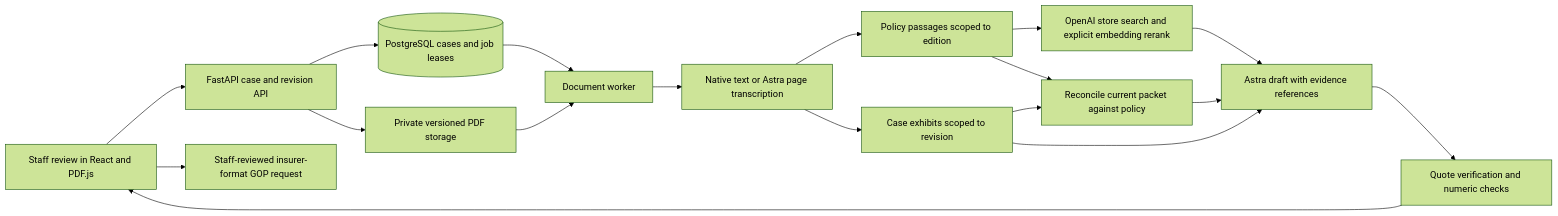
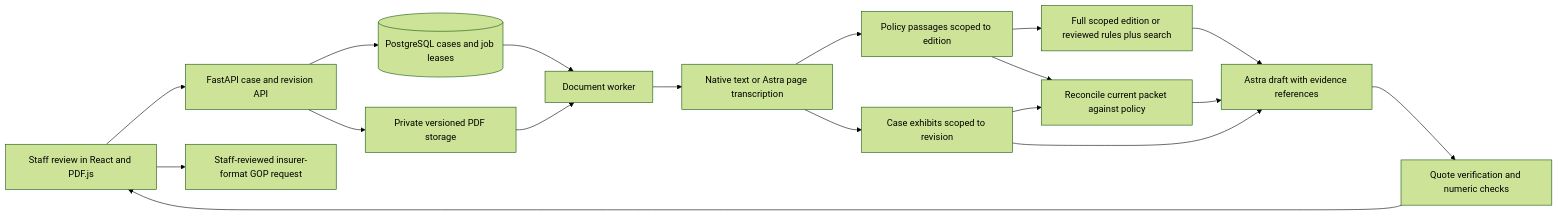
The diagram in docs/architecture.md (ppoisonivyy/ZeroUpfront), drawn with Mermaid (forest theme) before and after one commit. The commit also changed other lines of this file and 16 other files, not shown here.

Commit message:
Benchmark full policy context, input budgets and parallel supplement intake

````diff
--- a/docs/architecture.md
+++ b/docs/architecture.md
@@ -24,20 +26,20 @@
 ```mermaid
 flowchart LR
     UI[Staff review in React and PDF.js] --> API[FastAPI case and revision API]
     API --> DB[(PostgreSQL cases and job leases)]
     API --> Files[Private versioned PDF storage]
     DB --> Worker[Document worker]
     Files --> Worker
     Worker --> Reader[Native text or Astra page transcription]
     Reader --> Policy[Policy passages scoped to edition]
     Reader --> Case[Case exhibits scoped to revision]
-    Policy --> Search[OpenAI store search and explicit embedding rerank]
+    Policy --> Search[Full scoped edition or reviewed rules plus search]
     Search --> Draft[Astra draft with evidence references]
     Case --> Calc[Reconcile current packet against policy]
     Policy --> Calc
     Calc --> Draft
     Case --> Draft
     Draft --> Check[Quote verification and numeric checks]
     Check --> UI
     UI --> Export[Staff-reviewed insurer-format GOP request]
 ```
````
